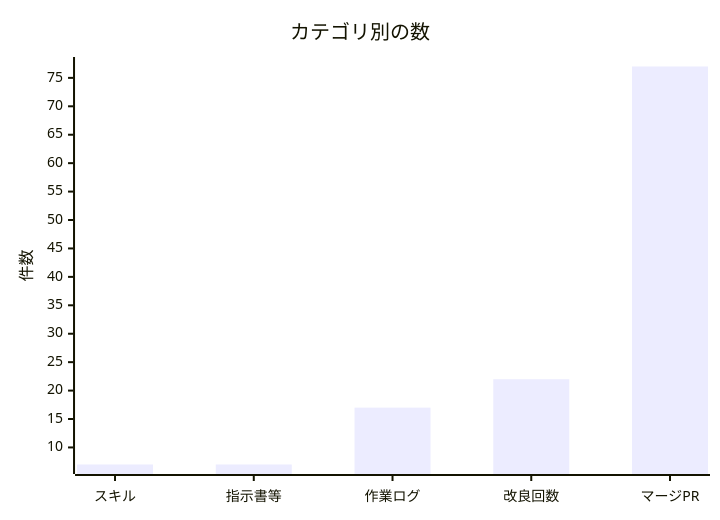
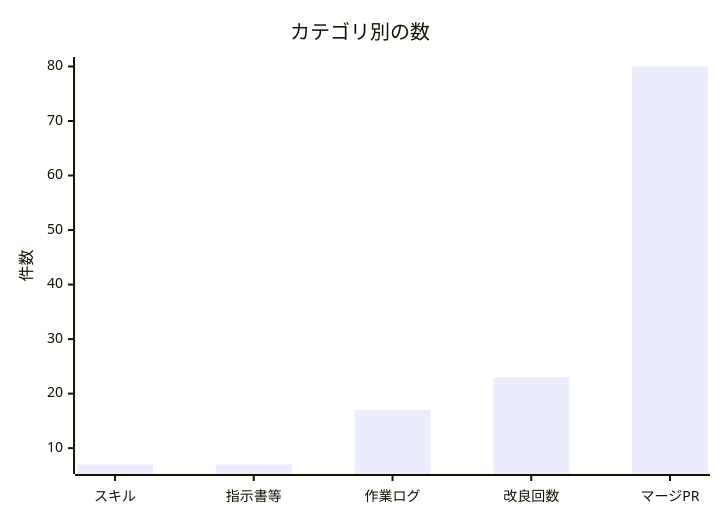
Before and after one commit to non-x2/non-x2: the second of 2 diagrams in docs/進化レポート.md, drawn with Mermaid. The commit also changed other lines of this file and 2 other files, not shown here.

First line of the commit message:
🌱 台風地図の座標変換に逆方向（x,y→緯度経度）を追加

````diff
--- a/docs/進化レポート.md
+++ b/docs/進化レポート.md
@@ -33,7 +33,7 @@
 ```mermaid
 xychart-beta
     title "カテゴリ別の数"
     x-axis ["スキル", "指示書等", "作業ログ", "改良回数", "マージPR"]
     y-axis "件数"
-    bar [7, 7, 17, 22, 77]
+    bar [7, 7, 17, 23, 80]
 ```
````
